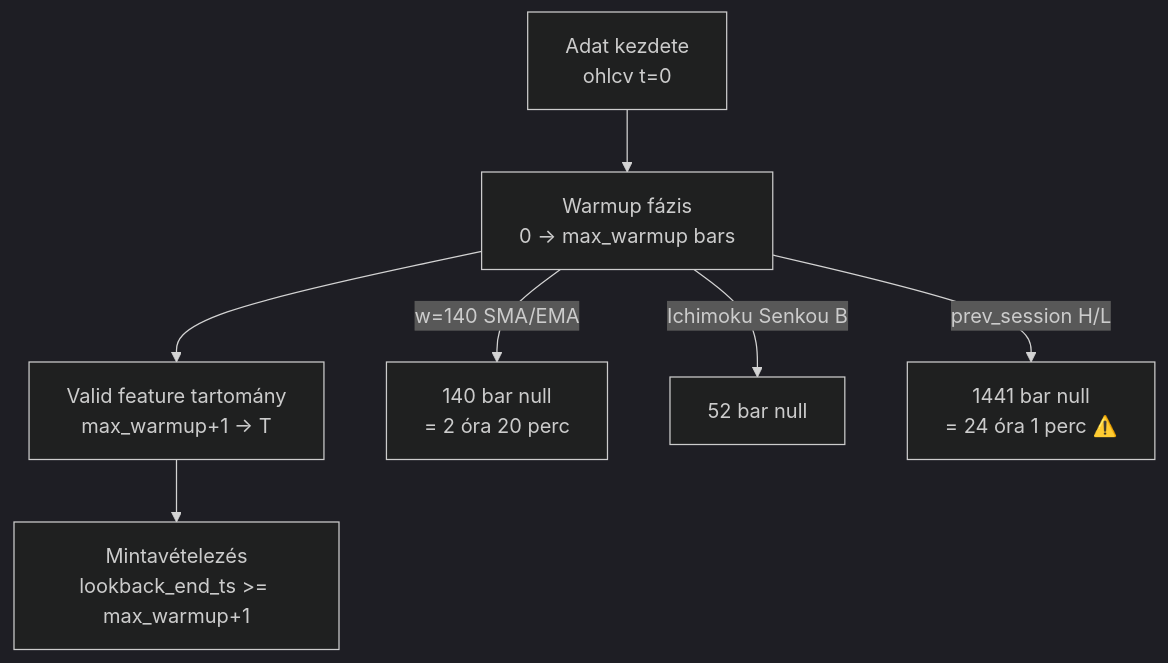
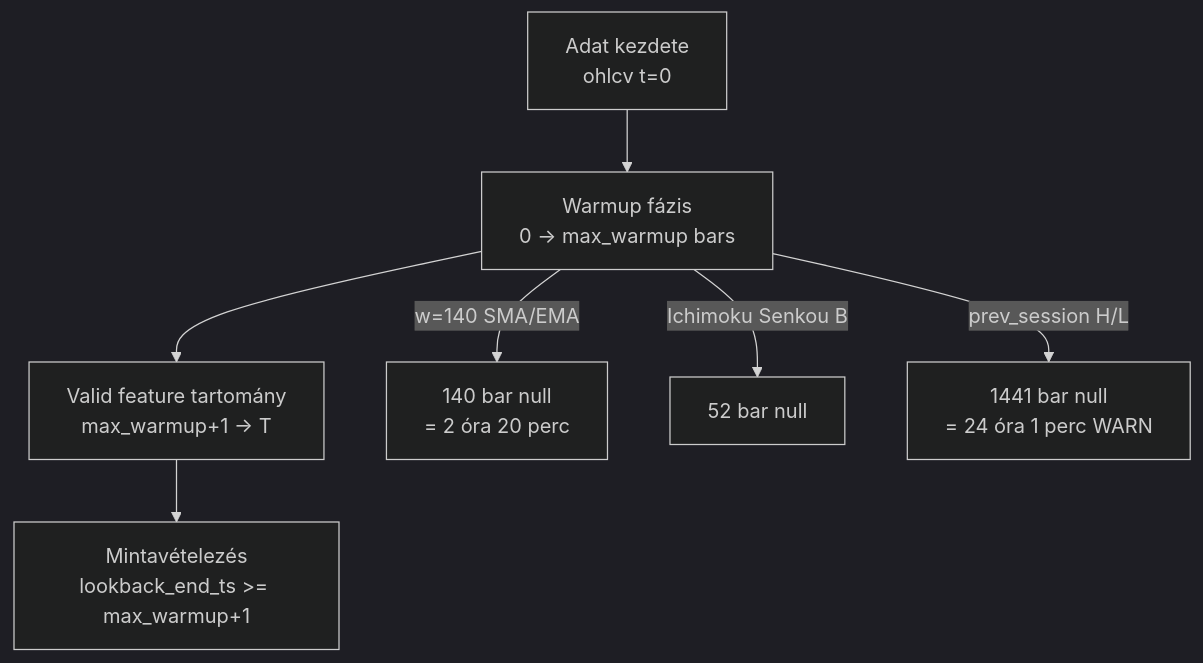
Before and after one commit to Nemesis14/chronoquant: the fourth of 4 diagrams in _doc_/2000_features.md, drawn with Mermaid (dark theme). The commit also changed other lines of this file and 1226 other files, not shown here.

````diff
--- a/_doc_/2000_features.md
+++ b/_doc_/2000_features.md
@@ -106,10 +106,10 @@
 ```mermaid
 flowchart TD
   START[Adat kezdete\nohlcv t=0] --> WU[Warmup fázis\n0 → max_warmup bars]
   WU --> VALID[Valid feature tartomány\nmax_warmup+1 → T]
   VALID --> SAMPLE[Mintavételezés\nlookback_end_ts >= max_warmup+1]
 
   WU -->|w=140 SMA/EMA| W140[140 bar null\n= 2 óra 20 perc]
   WU -->|Ichimoku Senkou B| W52[52 bar null]
-  WU -->|prev_session H/L| W1441[1441 bar null\n= 24 óra 1 perc ⚠️]
+  WU -->|prev_session H/L| W1441[1441 bar null\n= 24 óra 1 perc WARN]
 ```
````
